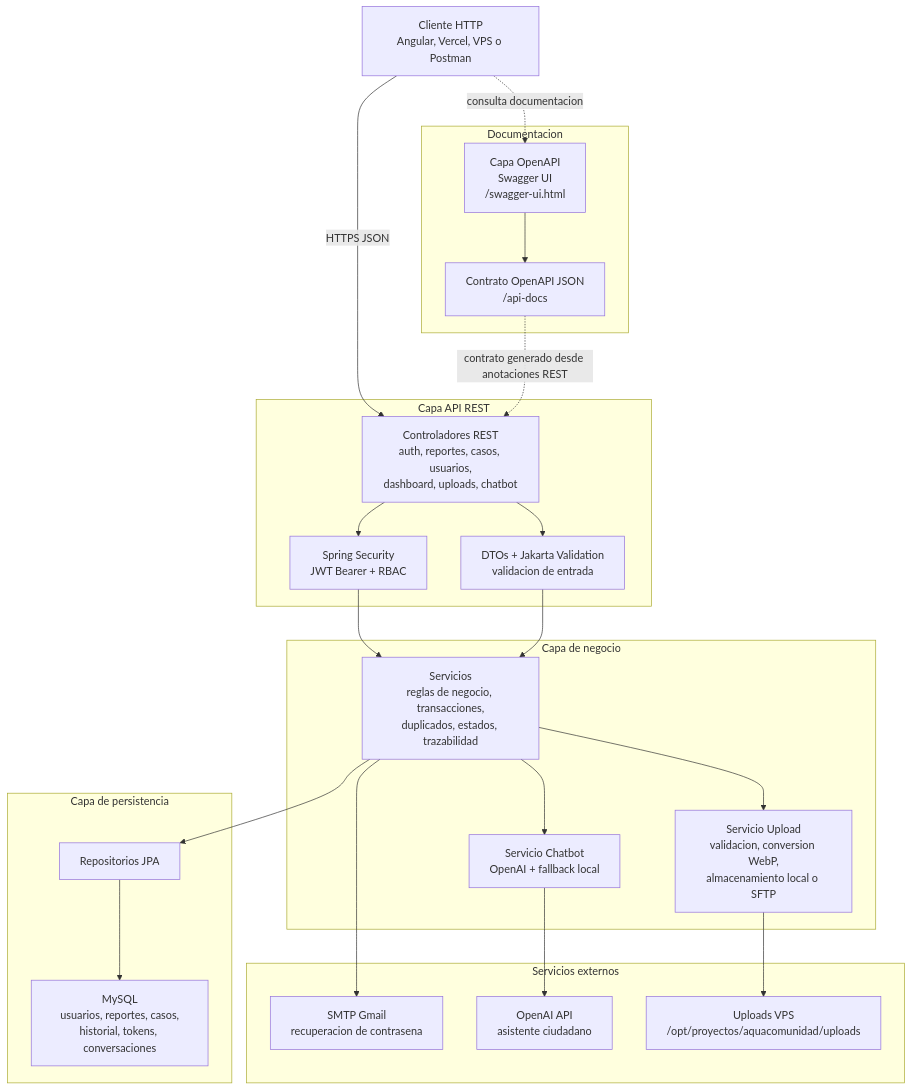
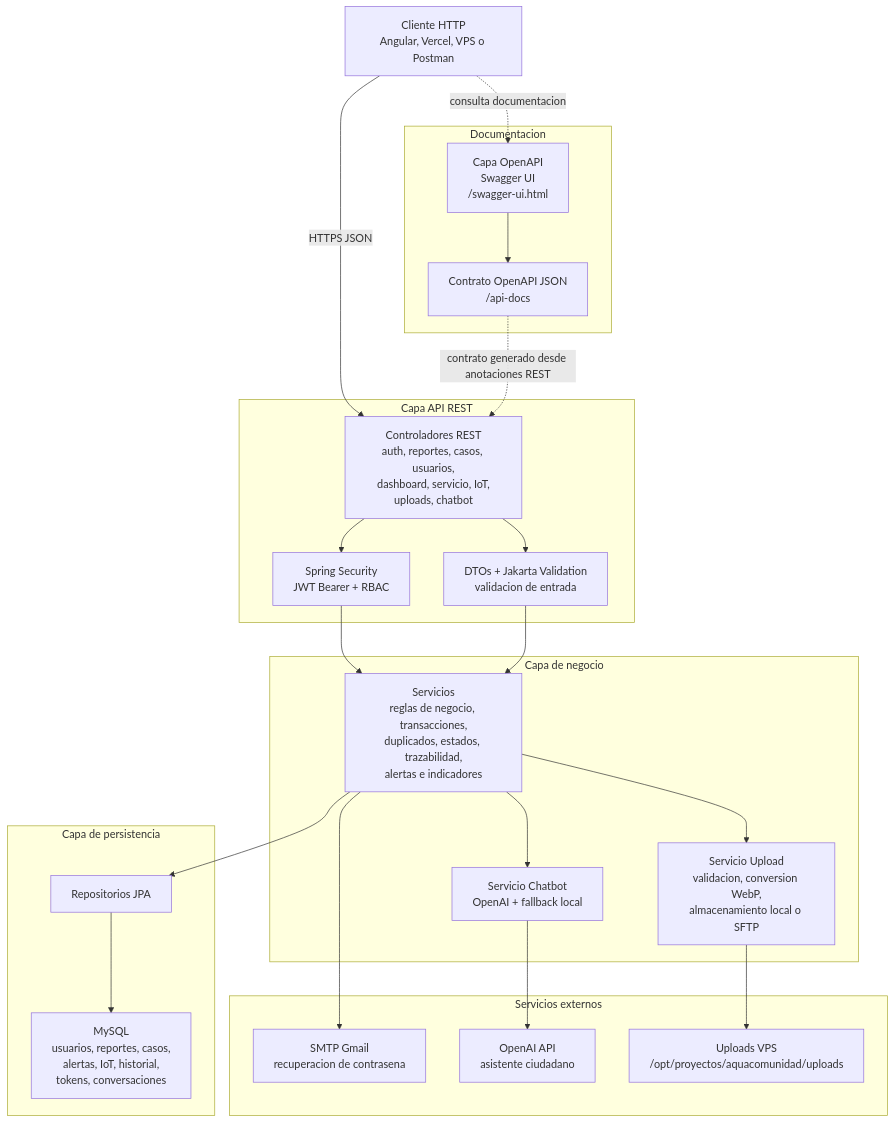
One commit to Espiritu16/DisenoBackend changed the diagram in README.md. Above: the diagram before and after it, drawn with Mermaid. The commit also changed other lines of this file, not shown here.

````diff
--- a/README.md
+++ b/README.md
@@ -41,50 +43,50 @@
 ```mermaid
 flowchart TB
     cliente["Cliente HTTP<br/>Angular, Vercel, VPS o Postman"]
 
     subgraph documentacion["Documentacion"]
         swagger["Capa OpenAPI<br/>Swagger UI<br/>/swagger-ui.html"]
         openapi["Contrato OpenAPI JSON<br/>/api-docs"]
     end
 
     subgraph api["Capa API REST"]
-        controllers["Controladores REST<br/>auth, reportes, casos, usuarios,<br/>dashboard, uploads, chatbot"]
+        controllers["Controladores REST<br/>auth, reportes, casos, usuarios,<br/>dashboard, servicio, IoT,<br/>uploads, chatbot"]
         validation["DTOs + Jakarta Validation<br/>validacion de entrada"]
         security["Spring Security<br/>JWT Bearer + RBAC"]
     end
 
     subgraph negocio["Capa de negocio"]
-        services["Servicios<br/>reglas de negocio, transacciones,<br/>duplicados, estados, trazabilidad"]
+        services["Servicios<br/>reglas de negocio, transacciones,<br/>duplicados, estados, trazabilidad,<br/>alertas e indicadores"]
         chatbot["Servicio Chatbot<br/>OpenAI + fallback local"]
         uploads["Servicio Upload<br/>validacion, conversion WebP,<br/>almacenamiento local o SFTP"]
     end
 
     subgraph persistencia["Capa de persistencia"]
         repositories["Repositorios JPA"]
-        mysql["MySQL<br/>usuarios, reportes, casos,<br/>historial, tokens, conversaciones"]
+        mysql["MySQL<br/>usuarios, reportes, casos,<br/>alertas, IoT, historial,<br/>tokens, conversaciones"]
     end
 
     subgraph externos["Servicios externos"]
         smtp["SMTP Gmail<br/>recuperacion de contrasena"]
         openai["OpenAI API<br/>asistente ciudadano"]
         filesystem["Uploads VPS<br/>/opt/proyectos/aquacomunidad/uploads"]
     end
 
     cliente -->|HTTPS JSON| controllers
     cliente -.->|consulta documentacion| swagger
     swagger --> openapi
     openapi -.->|contrato generado desde anotaciones REST| controllers
 
     controllers --> validation
     controllers --> security
     security --> services
     validation --> services
 
     services --> repositories
     repositories --> mysql
     services --> smtp
     services --> chatbot
     chatbot --> openai
     services --> uploads
     uploads --> filesystem
 ```
````
